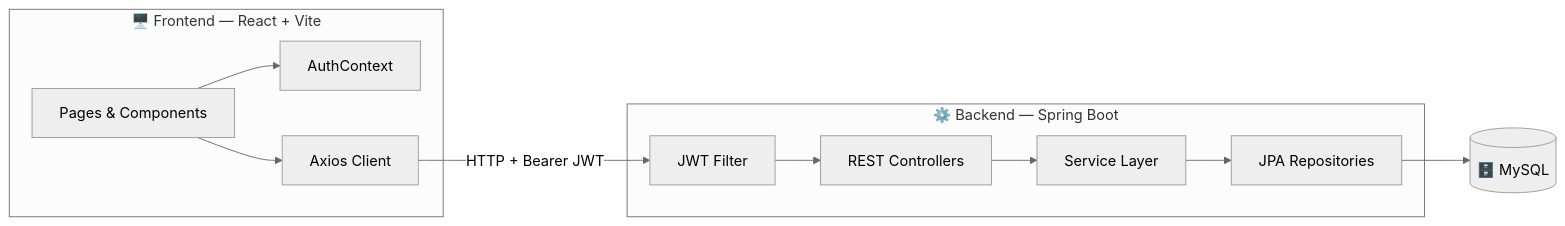
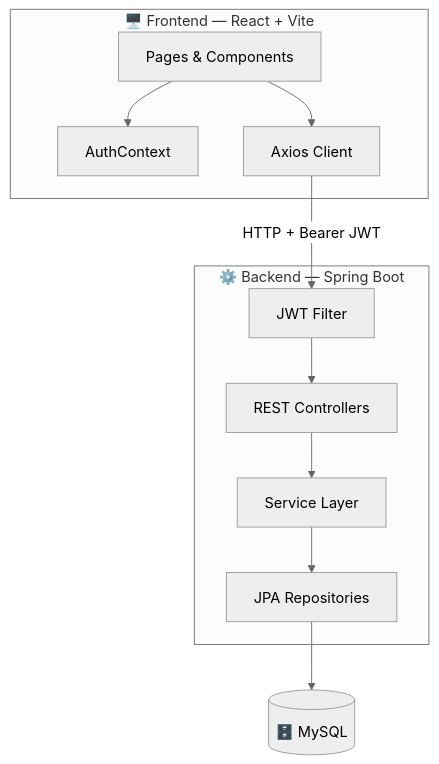
One commit to shubhamaher8/Spendly changed the first of 3 diagrams in README.md. Above: the diagram before and after it, drawn with Mermaid (neutral theme). The commit also changed other lines of this file, not shown here.

Commit message:
Update system architecture and flow diagrams in README.md for clarity and improved visualization

````diff
--- a/README.md
+++ b/README.md
@@ -84,25 +84,25 @@
 ```mermaid
-graph LR
+graph TD
   subgraph Frontend["🖥️ Frontend — React + Vite"]
     UI["Pages & Components"]
     CTX["AuthContext"]
     AX["Axios Client"]
   end
 
   subgraph Backend["⚙️ Backend — Spring Boot"]
     SEC["JWT Filter"]
     CTRL["REST Controllers"]
     SVC["Service Layer"]
     REPO["JPA Repositories"]
   end
 
   DB[("🗄️ MySQL")]
 
   UI --> CTX
   UI --> AX
   AX -- "HTTP + Bearer JWT" --> SEC
   SEC --> CTRL
   CTRL --> SVC
   SVC --> REPO
   REPO --> DB
 ```
````
